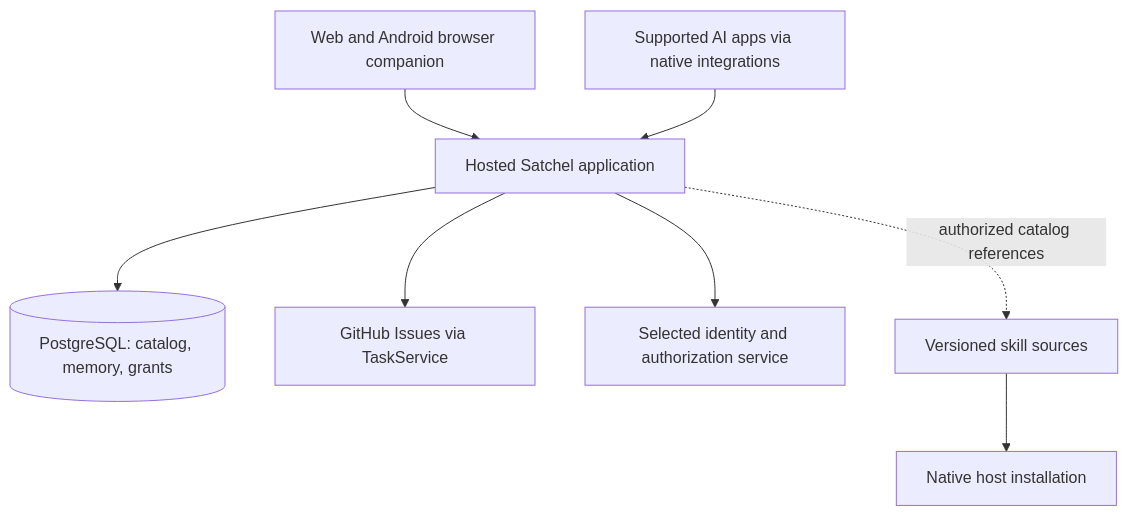
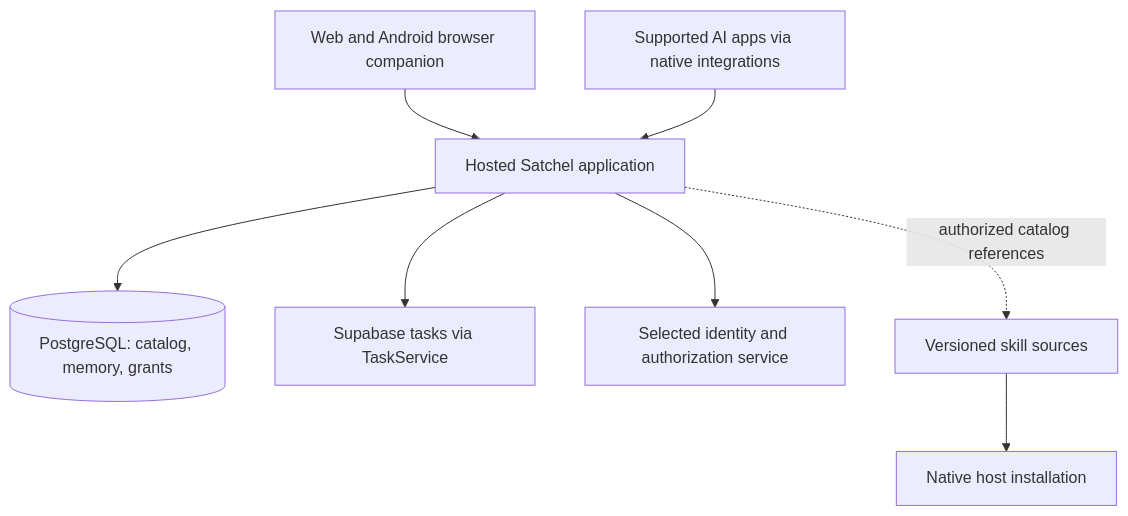
Before and after one commit to NeerajG03/satchel: the diagram in docs/build-roadmap.md, drawn with Mermaid. The commit also changed other lines of this file and 27 other files, not shown here.

Commit message:
Build Supabase-native task management

````diff
--- a/docs/build-roadmap.md
+++ b/docs/build-roadmap.md
@@ -66,10 +66,10 @@
 ```mermaid
 flowchart TB
     W[Web and Android browser companion] --> S[Hosted Satchel application]
     A[Supported AI apps via native integrations] --> S
     S --> P[(PostgreSQL: catalog, memory, grants)]
-    S --> G[GitHub Issues via TaskService]
+    S --> G[Supabase tasks via TaskService]
     S --> I[Selected identity and authorization service]
     K[Versioned skill sources] --> H[Native host installation]
     S -. authorized catalog references .-> K
 ```
````
